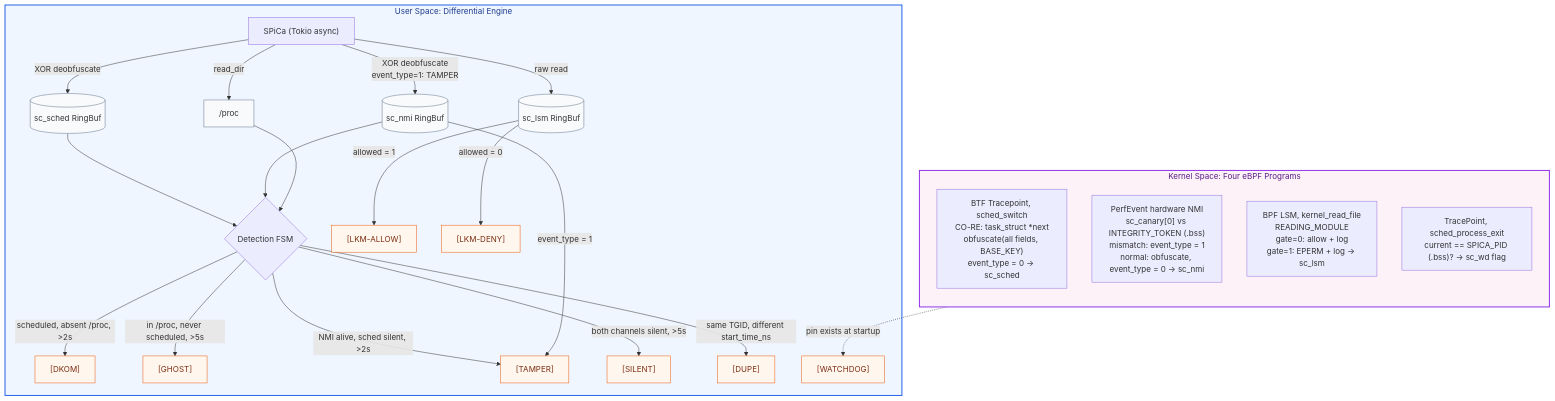
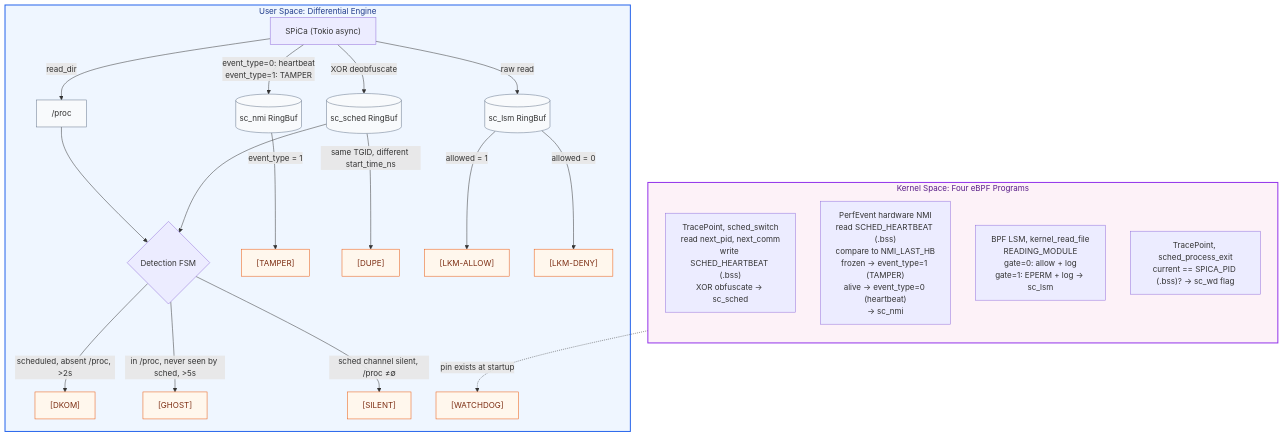
The first of 2 diagrams in README.md (0xKirisame/SPiCa), drawn with Mermaid before and after one commit. The commit also changed other lines of this file and 6 other files, not shown here.

First line of the commit message:
NMI redesign: observation channel → .bss heartbeat integrity checker

````diff
--- a/README.md
+++ b/README.md
@@ -62,38 +193,36 @@
 ```mermaid
 graph TD
     subgraph RING0["Kernel Space: Four eBPF Programs"]
         direction TB
-        SCHED_P["BTF Tracepoint, sched_switch<br/>CO-RE: task_struct *next<br/>obfuscate(all fields, BASE_KEY)<br/>event_type = 0 → sc_sched"]
-        NMI_P["PerfEvent hardware NMI<br/>sc_canary[0] vs INTEGRITY_TOKEN (.bss)<br/>mismatch: event_type = 1<br/>normal: obfuscate, event_type = 0 → sc_nmi"]
+        SCHED_P["TracePoint, sched_switch<br/>read next_pid, next_comm<br/>write SCHED_HEARTBEAT (.bss)<br/>XOR obfuscate → sc_sched"]
+        NMI_P["PerfEvent hardware NMI<br/>read SCHED_HEARTBEAT (.bss)<br/>compare to NMI_LAST_HB<br/>frozen → event_type=1 (TAMPER)<br/>alive → event_type=0 (heartbeat)<br/>→ sc_nmi"]
         LSM_P["BPF LSM, kernel_read_file<br/>READING_MODULE<br/>gate=0: allow + log<br/>gate=1: EPERM + log → sc_lsm"]
         WATCH_P["TracePoint, sched_process_exit<br/>current == SPICA_PID (.bss)? → sc_wd flag"]
     end
 
     subgraph RING3["User Space: Differential Engine"]
         ENGINE["SPiCa (Tokio async)"] -->|XOR deobfuscate| RB_S[(sc_sched RingBuf)]
-        ENGINE -->|XOR deobfuscate<br/>event_type=1: TAMPER| RB_N[(sc_nmi RingBuf)]
+        ENGINE -->|event_type=0: heartbeat<br/>event_type=1: TAMPER| RB_N[(sc_nmi RingBuf)]
         ENGINE -->|raw read| RB_L[(sc_lsm RingBuf)]
         ENGINE -->|read_dir| PROC[" /proc"]
         RB_S --> FSM{Detection FSM}
-        RB_N --> FSM
         PROC --> FSM
         FSM -->|scheduled, absent /proc, >2s| D1["[DKOM]"]
-        FSM -->|in /proc, never scheduled, >5s| D2["[GHOST]"]
-        FSM -->|NMI alive, sched silent, >2s| D3["[TAMPER]"]
-        FSM -->|both channels silent, >5s| D4["[SILENT]"]
-        FSM -->|same TGID, different start_time_ns| D5["[DUPE]"]
-        RB_N -->|event_type = 1| D3
+        FSM -->|in /proc, never seen by sched, >5s| D2["[GHOST]"]
+        RB_N -->|event_type = 1| D3["[TAMPER]"]
+        FSM -->|sched channel silent, /proc ≠∅| D4["[SILENT]"]
+        RB_S -->|same TGID, different start_time_ns| D5["[DUPE]"]
         RB_L -->|allowed = 1| D7["[LKM-ALLOW]"]
         RB_L -->|allowed = 0| D8["[LKM-DENY]"]
         WATCH_P -.->|pin exists at startup| D6["[WATCHDOG]"]
     end
 
     classDef kernbox  fill:#fdf2f8,stroke:#9333ea,stroke-width:2px,color:#581c87;
     classDef userbox  fill:#eff6ff,stroke:#2563eb,stroke-width:2px,color:#1e3a8a;
     classDef alertbox fill:#fff7ed,stroke:#ea580c,stroke-width:1px,color:#7c2d12;
     classDef storage  fill:#f8fafc,stroke:#64748b,stroke-width:1px;
     class RING0 kernbox;
     class RING3 userbox;
     class D1,D2,D3,D4,D5,D6,D7,D8 alertbox;
     class RB_S,RB_N,RB_L,PROC storage;
 ```
````
